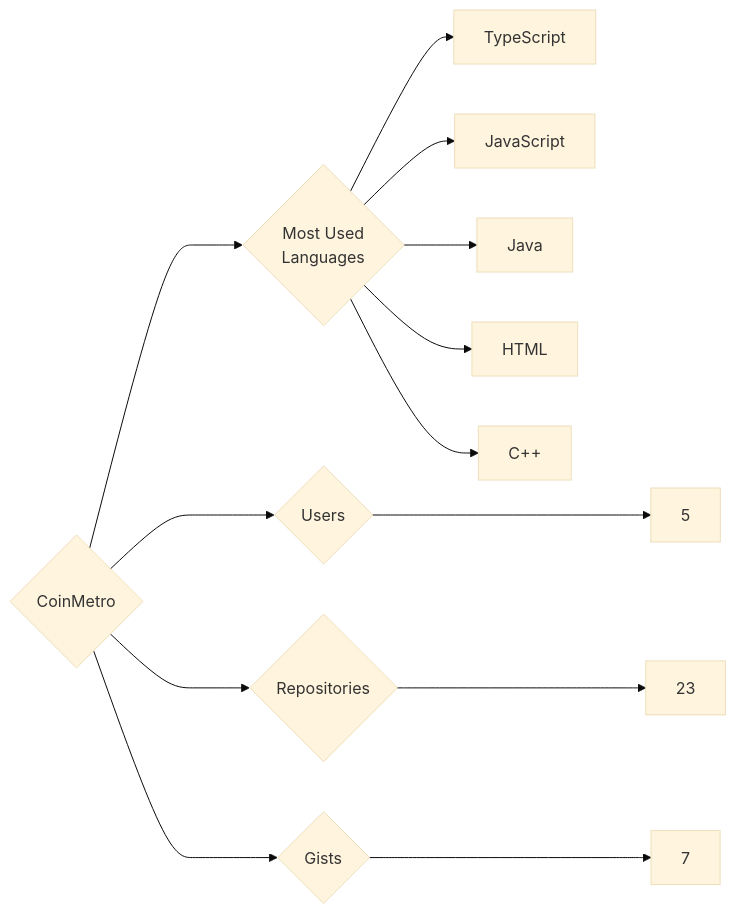
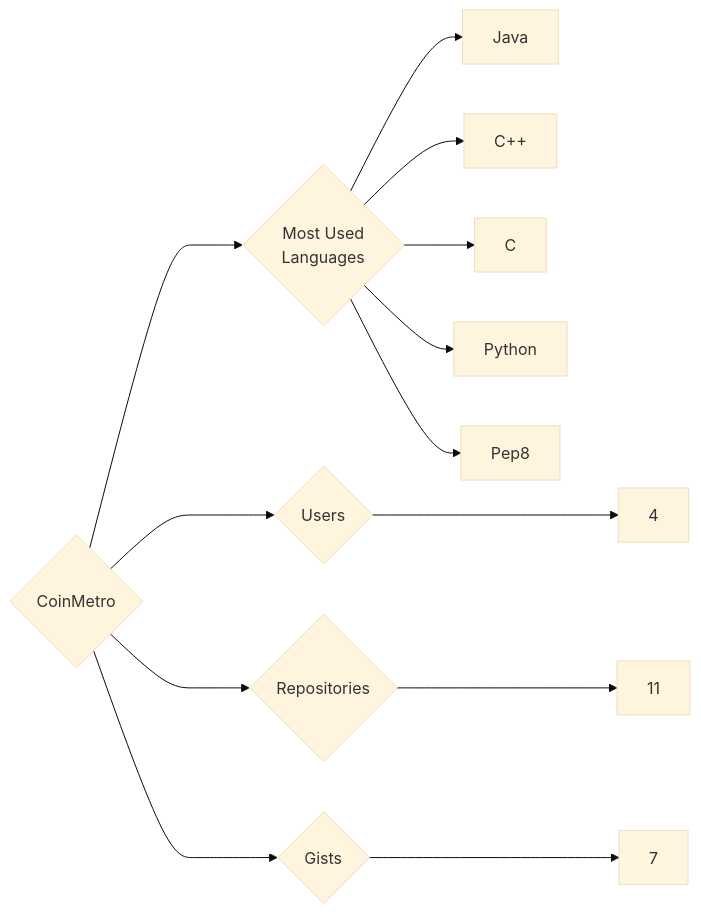
Before and after one commit to trickest/insiders: the diagram in targets/CoinMetro/README.md, drawn with Mermaid (base theme). The commit also changed 783 other files, not shown here.

````diff
--- a/targets/CoinMetro/README.md
+++ b/targets/CoinMetro/README.md
@@ -3,13 +3,13 @@
 ```mermaid
 graph LR
 COMPANY_NAME{CoinMetro}
-COMPANY_NAME ---> U{Users} ---> UN[5]
-COMPANY_NAME ---> R{Repositories} ---> RN[23]
+COMPANY_NAME ---> U{Users} ---> UN[4]
+COMPANY_NAME ---> R{Repositories} ---> RN[11]
 COMPANY_NAME ---> G{Gists} ---> GN[7]
 COMPANY_NAME ---> ML{Most Used<br>Languages}
-ML --> TypeScript[TypeScript]
-ML --> JavaScript[JavaScript]
 ML --> Java[Java]
-ML --> HTML[HTML]
 ML --> C++[C++]
+ML --> C[C]
+ML --> Python[Python]
+ML --> Pep8[Pep8]
 ```
````
